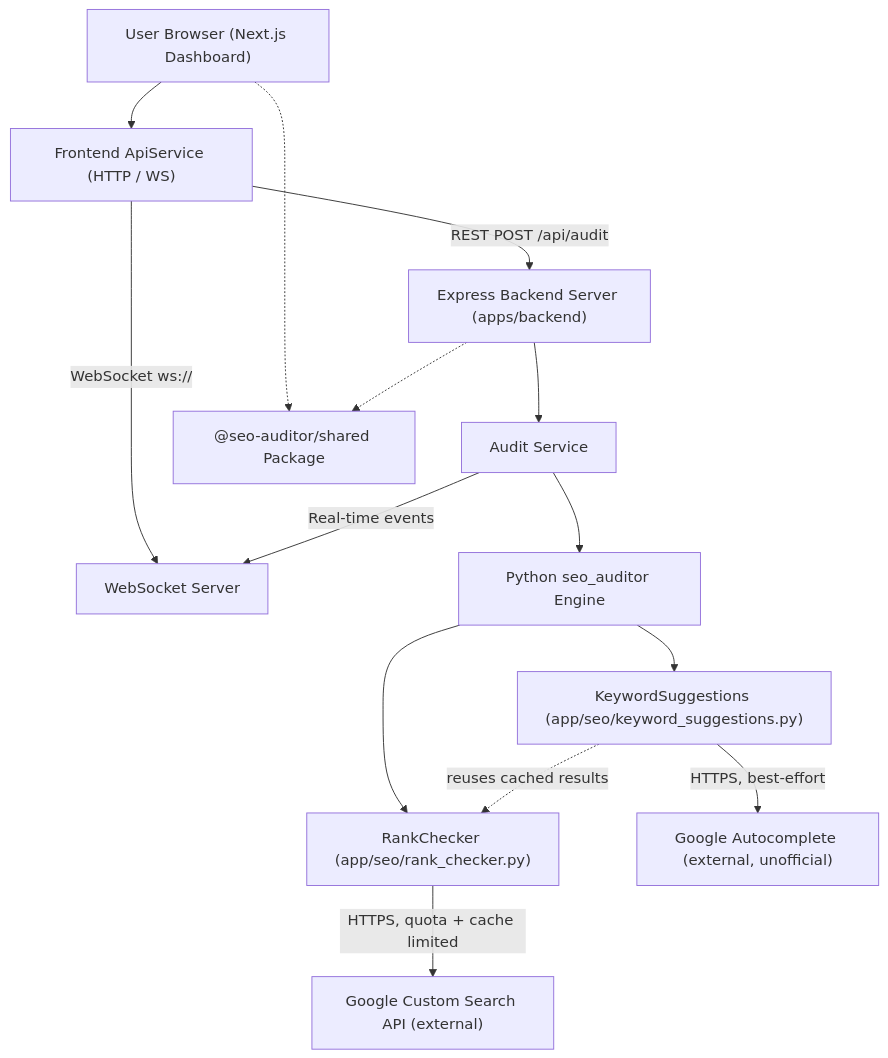
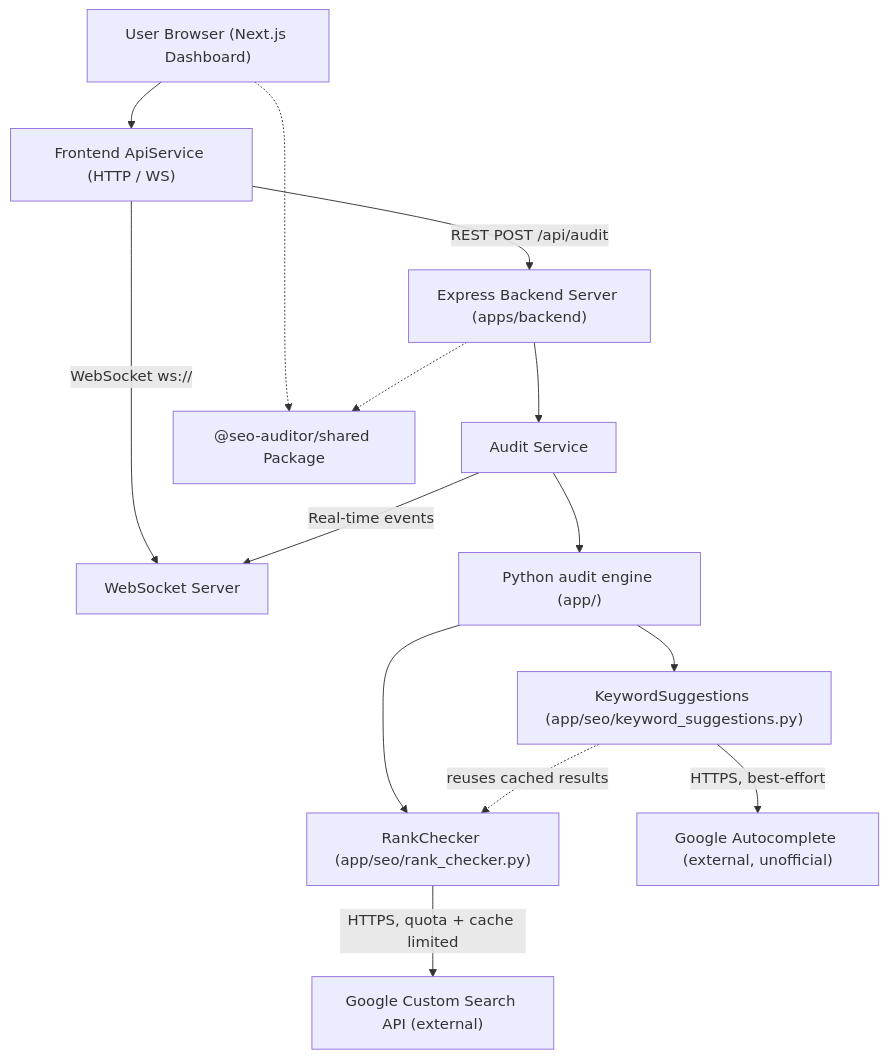
One commit to yatindvn/seo-auditor changed the diagram in docs/architecture.md. Above: the diagram before and after it, drawn with Mermaid. The commit also changed other lines of this file and 31 other files, not shown here.

````diff
--- a/docs/architecture.md
+++ b/docs/architecture.md
@@ -3,28 +3,28 @@
 ```mermaid
 flowchart TD
     Client["User Browser (Next.js Dashboard)"]
     ApiService["Frontend ApiService (HTTP / WS)"]
     Backend["Express Backend Server (apps/backend)"]
     WsServer["WebSocket Server"]
     AuditService["Audit Service"]
-    PythonEngine["Python seo_auditor Engine"]
+    PythonEngine["Python audit engine (app/)"]
     RankChecker["RankChecker (app/seo/rank_checker.py)"]
     KeywordSuggestions["KeywordSuggestions (app/seo/keyword_suggestions.py)"]
     GoogleCSE["Google Custom Search API (external)"]
     GoogleAutocomplete["Google Autocomplete (external, unofficial)"]
     SharedPkg["@seo-auditor/shared Package"]
 
     Client --> ApiService
     ApiService -->|REST POST /api/audit| Backend
     ApiService -->|WebSocket ws://| WsServer
     Backend --> AuditService
     AuditService --> PythonEngine
     PythonEngine --> RankChecker
     PythonEngine --> KeywordSuggestions
     RankChecker -->|HTTPS, quota + cache limited| GoogleCSE
     KeywordSuggestions -->|HTTPS, best-effort| GoogleAutocomplete
     KeywordSuggestions -.->|reuses cached results| RankChecker
     AuditService -->|Real-time events| WsServer
     Client -.-> SharedPkg
     Backend -.-> SharedPkg
 ```
````
